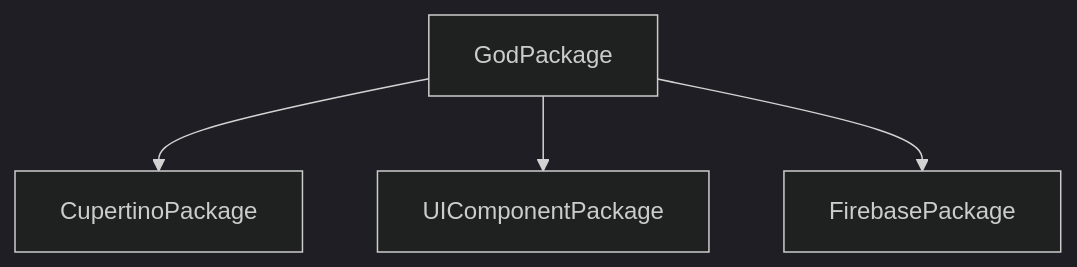
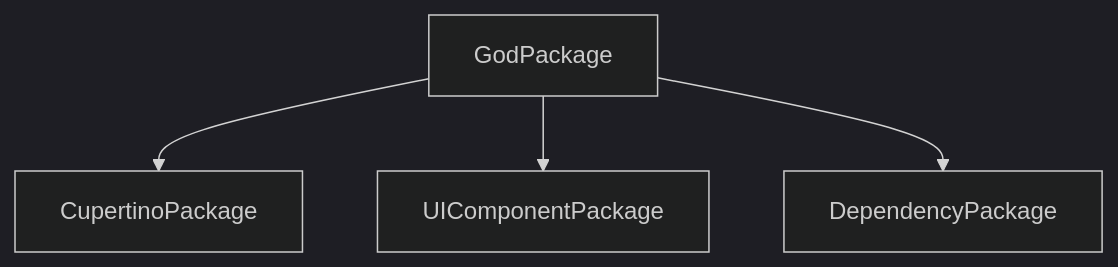
The diagram in Packages/README.md (0x1-company/god-ios), drawn with Mermaid (dark theme) before and after one commit. The commit also changed 6 other files, not shown here.

Commit message:
rename firebase to dependency

````diff
--- a/Packages/README.md
+++ b/Packages/README.md
@@ -1,6 +1,6 @@
 ```mermaid
 graph TD;
     GodPackage-->CupertinoPackage;
     GodPackage-->UIComponentPackage;
-    GodPackage-->FirebasePackage;
+    GodPackage-->DependencyPackage;
 ```
````
